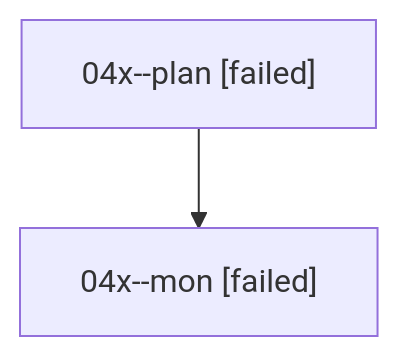
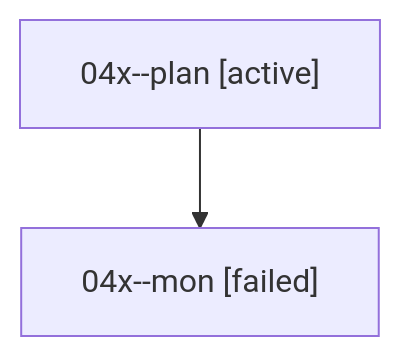
One commit to sase-org/sase--agents changed the diagram in families/bbugyi200.athena.04x.md. Above: the diagram before and after it, drawn with Mermaid. The commit also changed other lines of this file and 35830 other files, not shown here.

````diff
--- a/families/bbugyi200.athena.04x.md
+++ b/families/bbugyi200.athena.04x.md
@@ -9,6 +9,6 @@
 ```mermaid
 flowchart TD
-  n0["04x--plan [failed]"]
+  n0["04x--plan [active]"]
   n1["04x--mon [failed]"]
   n0 --> n1
 ```
````
